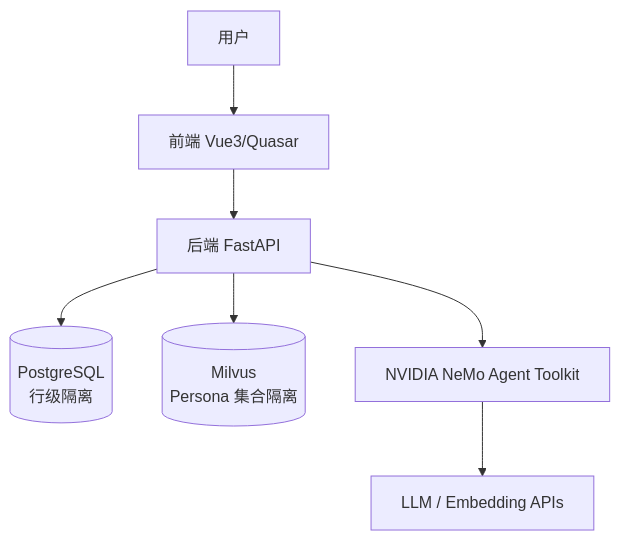
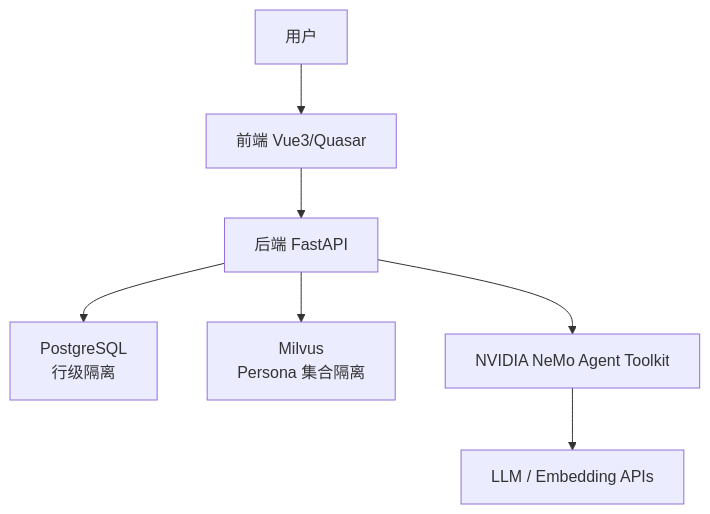
Before and after one commit to KirisameLonnet/Mul_in_ONE: the first of 6 diagrams in docs/作品报告.md, drawn with Mermaid. The commit also changed other lines of this file and 2 other files, not shown here.

````diff
--- a/docs/作品报告.md
+++ b/docs/作品报告.md
@@ -85,9 +90,9 @@
 ```mermaid
 graph TD
-    User[用户] --> FE[前端 Vue3/Quasar]
-    FE --> API[后端 FastAPI]
-    API --> DB[(PostgreSQL<br/>行级隔离)]
-    API --> VEC[(Milvus<br/>Persona 集合隔离)]
-    API --> Runtime[NVIDIA NeMo Agent Toolkit]
-    Runtime --> LLM[LLM / Embedding APIs]
+    User["用户"] --> FE["前端 Vue3/Quasar"]
+    FE --> API["后端 FastAPI"]
+    API --> DB["PostgreSQL<br/>行级隔离"]
+    API --> VEC["Milvus<br/>Persona 集合隔离"]
+    API --> Runtime["NVIDIA NeMo Agent Toolkit"]
+    Runtime --> LLM["LLM / Embedding APIs"]
 ```
````
